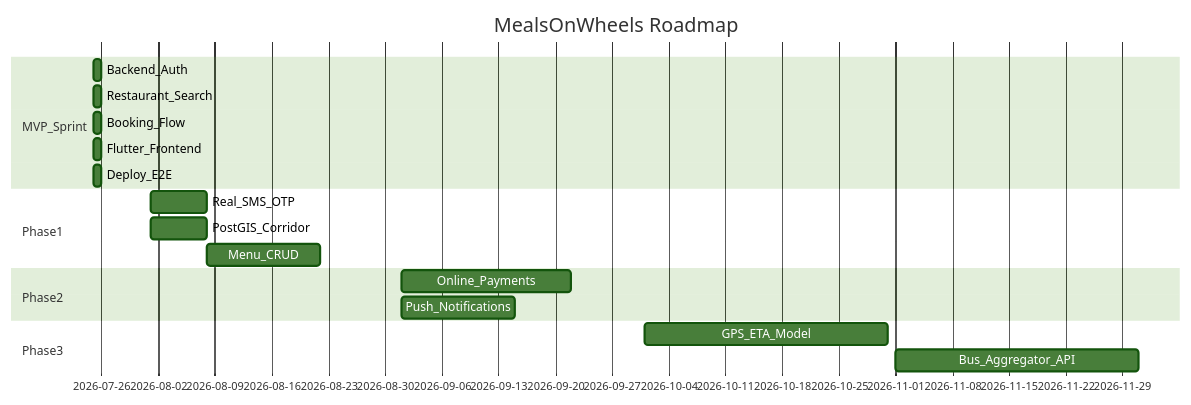
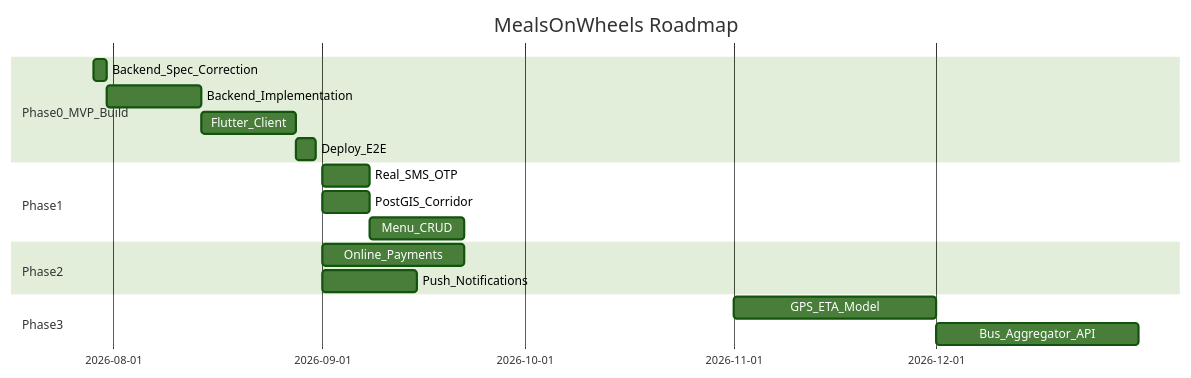
The diagram in docs/13_ROADMAP.md (nithishkumar2022020/MealsOnWheels), drawn with Mermaid (forest theme) before and after one commit. The commit also changed other lines of this file and 16 other files, not shown here.

First line of the commit message:
docs: correct spec defects and retire the 24-hour sprint framing

````diff
--- a/docs/13_ROADMAP.md
+++ b/docs/13_ROADMAP.md
@@ -11,21 +11,20 @@
 ```mermaid
 gantt
   title MealsOnWheels Roadmap
   dateFormat YYYY-MM-DD
-  section MVP_Sprint
-  Backend_Auth           :2026-07-25, 1d
-  Restaurant_Search      :2026-07-25, 1d
-  Booking_Flow           :2026-07-25, 1d
-  Flutter_Frontend       :2026-07-25, 1d
-  Deploy_E2E             :2026-07-25, 1d
+  section Phase0_MVP_Build
+  Backend_Spec_Correction :2026-07-29, 2d
+  Backend_Implementation  :2026-07-31, 14d
+  Flutter_Client          :2026-08-14, 14d
+  Deploy_E2E              :2026-08-28, 3d
   section Phase1
-  Real_SMS_OTP           :2026-08-01, 7d
-  PostGIS_Corridor       :2026-08-01, 7d
-  Menu_CRUD              :2026-08-08, 14d
+  Real_SMS_OTP           :2026-09-01, 7d
+  PostGIS_Corridor       :2026-09-01, 7d
+  Menu_CRUD              :2026-09-08, 14d
   section Phase2
   Online_Payments        :2026-09-01, 21d
   Push_Notifications     :2026-09-01, 14d
   section Phase3
-  GPS_ETA_Model          :2026-10-01, 30d
-  Bus_Aggregator_API     :2026-11-01, 30d
+  GPS_ETA_Model          :2026-11-01, 30d
+  Bus_Aggregator_API     :2026-12-01, 30d
 ```
````
